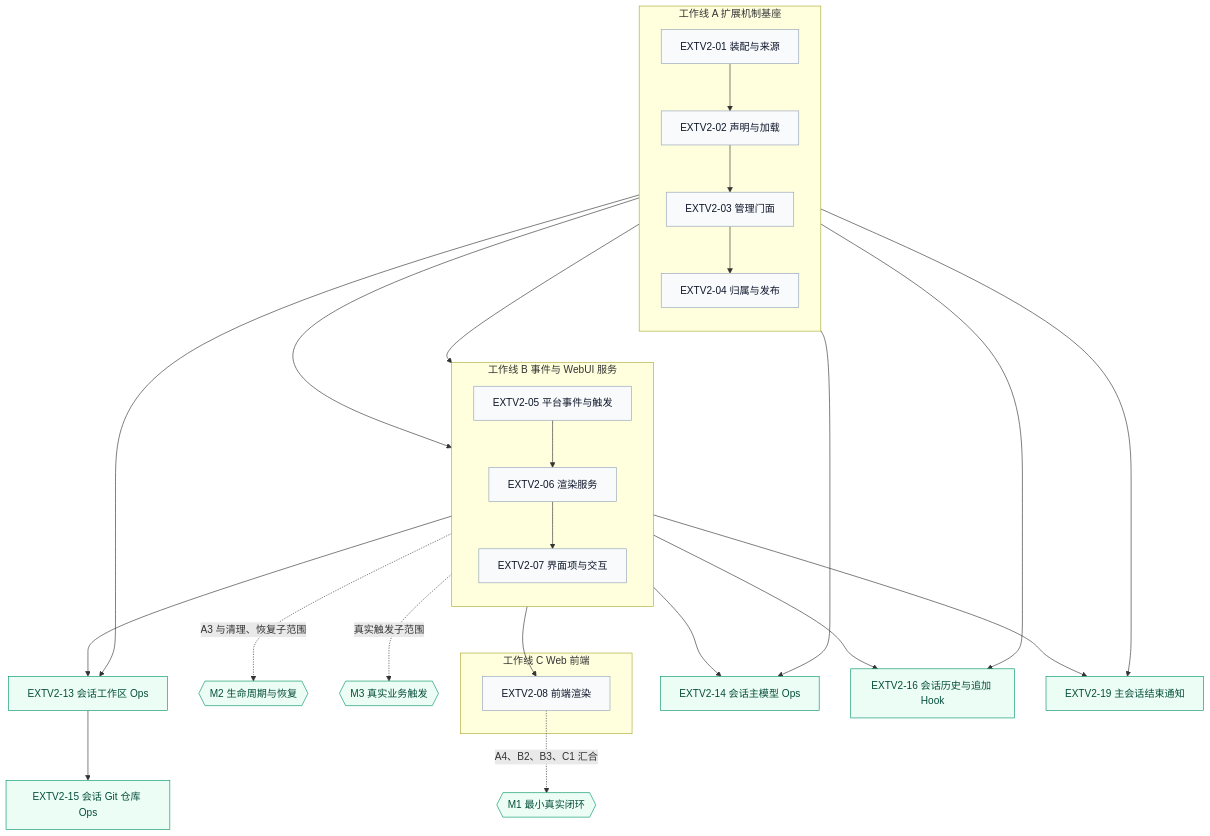
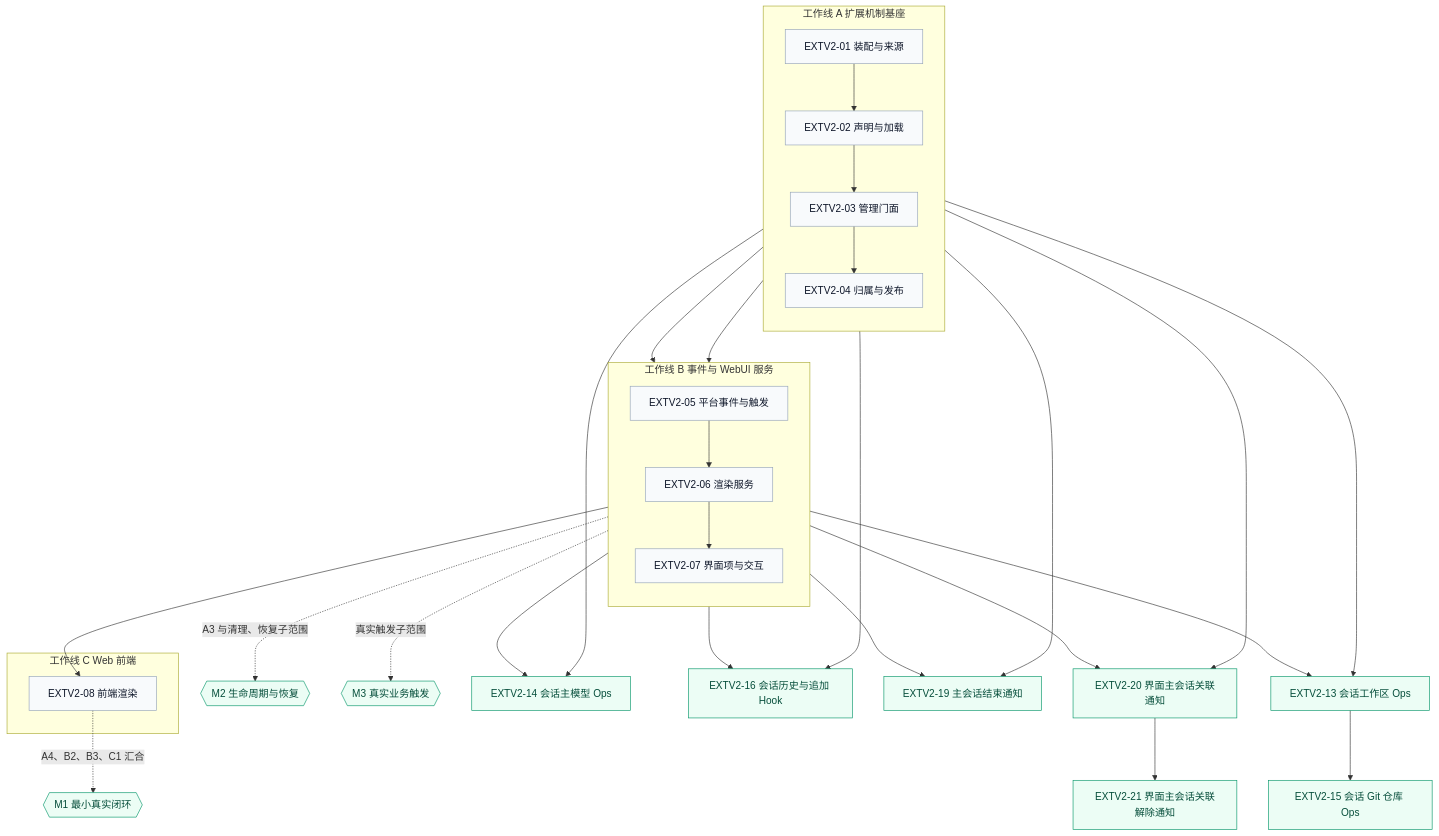
Before and after one commit to openJiuwen-ai/jiuwenswarm: the first of 2 diagrams in jiuwenswarm/extensions_v2/docs/designs/extensions-v2-development-plan.md, drawn with Mermaid. The commit also changed other lines of this file and 28 other files, not shown here.

````diff
--- a/jiuwenswarm/extensions_v2/docs/designs/extensions-v2-development-plan.md
+++ b/jiuwenswarm/extensions_v2/docs/designs/extensions-v2-development-plan.md
@@ -318,48 +349,51 @@
 ```mermaid
 flowchart TB
     subgraph WA["工作线 A 扩展机制基座"]
         direction TB
         A1["EXTV2-01 装配与来源"] --> A2["EXTV2-02 声明与加载"]
         A2 --> A3["EXTV2-03 管理门面"]
         A3 --> A4["EXTV2-04 归属与发布"]
     end
 
     subgraph WB["工作线 B 事件与 WebUI 服务"]
         direction TB
         B1["EXTV2-05 平台事件与触发"] --> B2["EXTV2-06 渲染服务"]
         B2 --> B3["EXTV2-07 界面项与交互"]
     end
 
     subgraph WC["工作线 C Web 前端"]
         C1["EXTV2-08 前端渲染"]
     end
 
     M1{{"M1 最小真实闭环"}}
     M2{{"M2 生命周期与恢复"}}
     M3{{"M3 真实业务触发"}}
 
     WA ~~~ WB
     WB ~~~ WC
 
     A1 --> B1
     A1 --> S13["EXTV2-13 会话工作区 Ops"]
     B1 --> S13
     A1 --> S14["EXTV2-14 会话主模型 Ops"]
     B1 --> S14
     S13 --> S15["EXTV2-15 会话 Git 仓库 Ops"]
     A1 --> S16["EXTV2-16 会话历史与追加 Hook"]
     B1 --> S16
     A3 --> S19["EXTV2-19 主会话结束通知"]
     B1 --> S19
+    A3 --> S20["EXTV2-20 界面主会话关联通知"]
+    B1 --> S20
+    S20 --> S21["EXTV2-21 界面主会话关联解除通知"]
     A4 --> B3
     B3 --> C1
 
     C1 -.->|"A4、B2、B3、C1 汇合"| M1
     B3 -.->|"A3 与清理、恢复子范围"| M2
     B1 -.->|"真实触发子范围"| M3
 
     classDef item fill:#f8fafc,stroke:#94a3b8,color:#0f172a;
     classDef node fill:#ecfdf5,stroke:#059669,color:#064e3b;
     class A1,A2,A3,A4,B1,B2,B3,C1 item;
     class M1,M2,M3 node;
 ```
````
